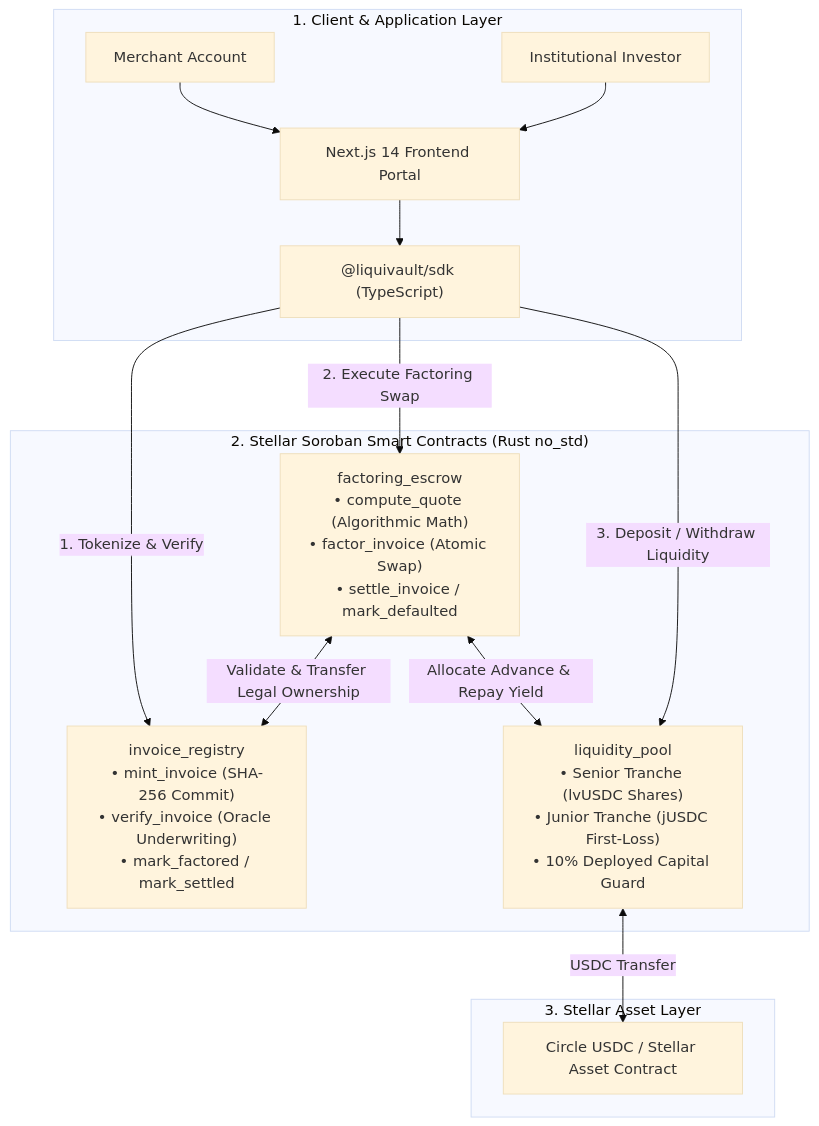
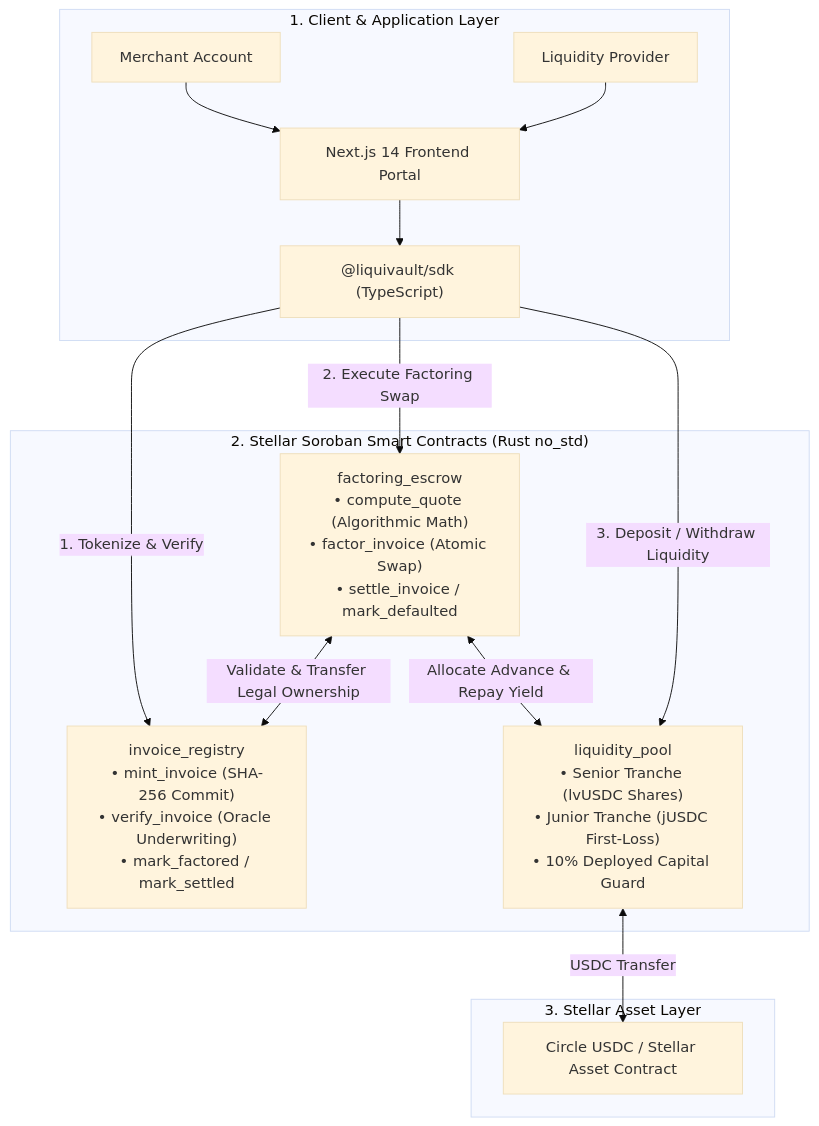
Before and after one commit to MoscowDev/LiquiVault: the diagram in README.md, drawn with Mermaid (base theme). The commit also changed other lines of this file and 10 other files, not shown here.

````diff
--- a/README.md
+++ b/README.md
@@ -37,29 +65,29 @@
 ```mermaid
 flowchart TD
     subgraph ClientLayer ["1. Client & Application Layer"]
         Merchant["Merchant Account"]
-        Investor["Institutional Investor"]
+        Investor["Liquidity Provider"]
         FE["Next.js 14 Frontend Portal"]
         SDK["@liquivault/sdk (TypeScript)"]
         Merchant --> FE
         Investor --> FE
         FE --> SDK
     end
 
     subgraph CoreContracts ["2. Stellar Soroban Smart Contracts (Rust no_std)"]
         IR["invoice_registry<br/>• mint_invoice (SHA-256 Commit)<br/>• verify_invoice (Oracle Underwriting)<br/>• mark_factored / mark_settled"]
         FE_ESCROW["factoring_escrow<br/>• compute_quote (Algorithmic Math)<br/>• factor_invoice (Atomic Swap)<br/>• settle_invoice / mark_defaulted"]
         LP["liquidity_pool<br/>• Senior Tranche (lvUSDC Shares)<br/>• Junior Tranche (jUSDC First-Loss)<br/>• 10% Deployed Capital Guard"]
     end
 
     subgraph StellarAssets ["3. Stellar Asset Layer"]
         USDC["Circle USDC / Stellar Asset Contract"]
     end
 
     SDK -->|"1. Tokenize & Verify"| IR
     SDK -->|"2. Execute Factoring Swap"| FE_ESCROW
     SDK -->|"3. Deposit / Withdraw Liquidity"| LP
     FE_ESCROW <-->|"Validate & Transfer Legal Ownership"| IR
     FE_ESCROW <-->|"Allocate Advance & Repay Yield"| LP
     LP <-->|"USDC Transfer"| USDC
 ```
````
